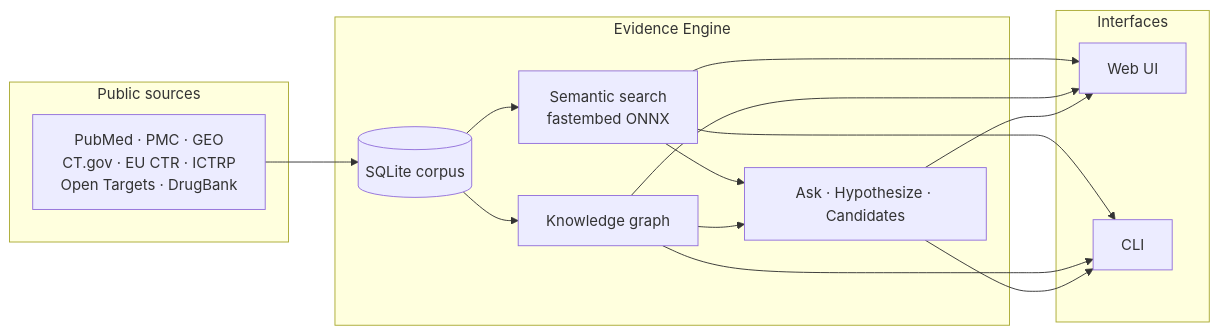
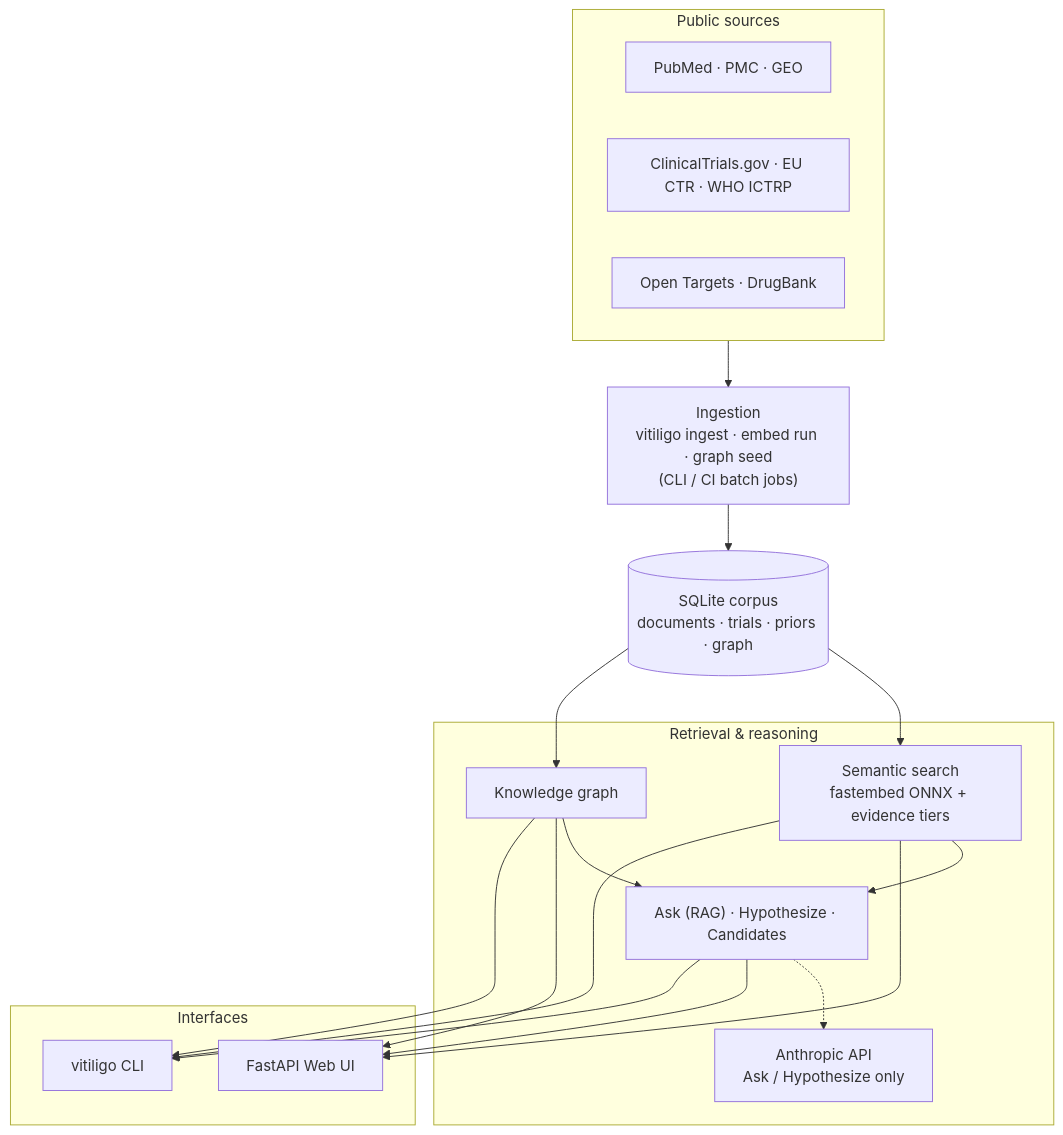
The diagram in README.md (recepsirin/vitiligo-initiative), drawn with Mermaid before and after one commit. The commit also changed other lines of this file, not shown here.

First line of the commit message:
Fix README images via HTML and feature architecture diagram

````diff
--- a/README.md
+++ b/README.md
@@ -80,24 +87,30 @@
 ```mermaid
-flowchart LR
-  subgraph sources [Public sources]
-    S["PubMed · PMC · GEO<br/>CT.gov · EU CTR · ICTRP<br/>Open Targets · DrugBank"]
+flowchart TB
+  subgraph sources["Public sources"]
+    direction LR
+    S1["PubMed · PMC · GEO"]
+    S2["ClinicalTrials.gov · EU CTR · WHO ICTRP"]
+    S3["Open Targets · DrugBank"]
   end
-  subgraph engine [Evidence Engine]
-    DB[("SQLite corpus")]
-    EMB["Semantic search<br/>fastembed ONNX"]
+
+  ING["Ingestion<br/>vitiligo ingest · embed run · graph seed<br/>(CLI / CI batch jobs)"]
+  DB[("SQLite corpus<br/>documents · trials · priors · graph")]
+
+  subgraph retrieval["Retrieval & reasoning"]
+    SEARCH["Semantic search<br/>fastembed ONNX + evidence tiers"]
     GRAPH["Knowledge graph"]
-    REASON["Ask · Hypothesize · Candidates"]
+    REASON["Ask (RAG) · Hypothesize · Candidates"]
+    LLM["Anthropic API<br/>Ask / Hypothesize only"]
   end
-  subgraph faces [Interfaces]
-    UI["Web UI"]
-    CLI["CLI"]
+
+  subgraph serve["Interfaces"]
+    UI["FastAPI Web UI"]
+    CLI["vitiligo CLI"]
   end
-  S --> DB
-  DB --> EMB
-  DB --> GRAPH
-  EMB --> REASON
-  GRAPH --> REASON
-  EMB --> UI & CLI
-  GRAPH --> UI & CLI
-  REASON --> UI & CLI
+
+  sources --> ING --> DB
+  DB --> SEARCH & GRAPH
+  SEARCH & GRAPH --> REASON
+  REASON -.-> LLM
+  SEARCH & GRAPH & REASON --> UI & CLI
 ```
````
